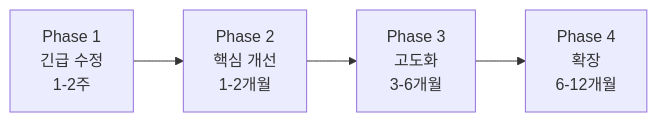
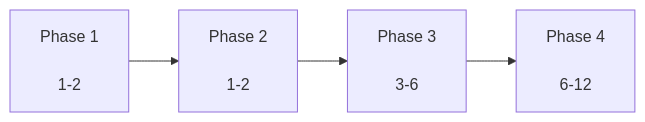
Before and after one commit to SKN19-FINAL-5team/LLM: the diagram in docs/pm/RAG_시스템_개선_로드맵.md, drawn with Mermaid. The commit also changed other lines of this file and 183 other files, not shown here.

````diff
--- a/docs/pm/RAG_시스템_개선_로드맵.md
+++ b/docs/pm/RAG_시스템_개선_로드맵.md
@@ -58,6 +58,6 @@
 ```mermaid
 graph LR
-    P1[Phase 1<br/>긴급 수정<br/>1-2주] --> P2[Phase 2<br/>핵심 개선<br/>1-2개월]
-    P2 --> P3[Phase 3<br/>고도화<br/>3-6개월]
-    P3 --> P4[Phase 4<br/>확장<br/>6-12개월]
+    P1[Phase 1<br/> <br/>1-2] --> P2[Phase 2<br/> <br/>1-2]
+    P2 --> P3[Phase 3<br/><br/>3-6]
+    P3 --> P4[Phase 4<br/><br/>6-12]
 ```
````
